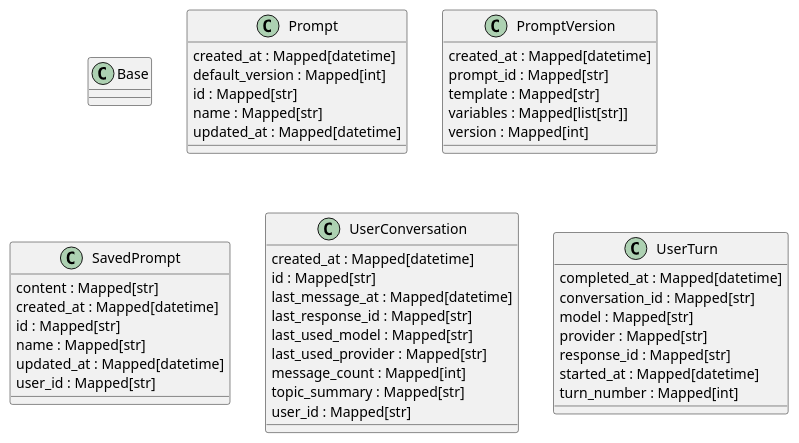
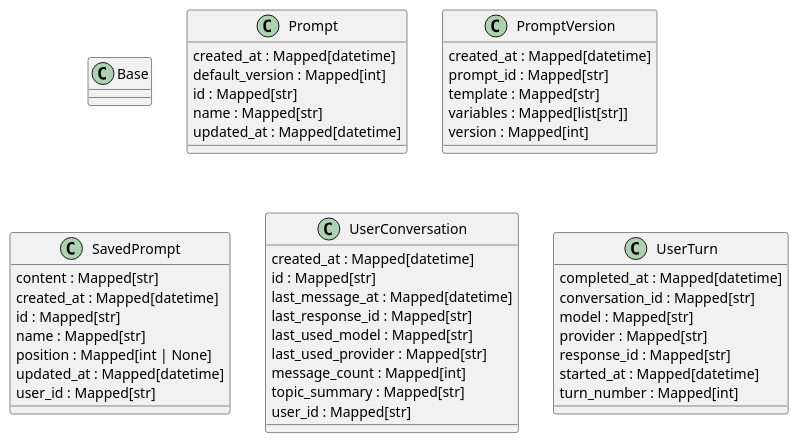
The diagram in docs/models/database.puml (lightspeed-core/lightspeed-stack), drawn with PlantUML before and after one commit. The commit also changed 19 other files, not shown here.

```diff
--- a/docs/models/database.puml
+++ b/docs/models/database.puml
@@ -1,47 +1,48 @@
 @startuml classes
 set namespaceSeparator none
 class "Base" as src.models.database.base.Base {
 }
 class "Prompt" as src.models.database.prompts.Prompt {
   created_at : Mapped[datetime]
   default_version : Mapped[int]
   id : Mapped[str]
   name : Mapped[str]
   updated_at : Mapped[datetime]
 }
 class "PromptVersion" as src.models.database.prompts.PromptVersion {
   created_at : Mapped[datetime]
   prompt_id : Mapped[str]
   template : Mapped[str]
   variables : Mapped[list[str]]
   version : Mapped[int]
 }
 class "SavedPrompt" as src.models.database.saved_prompts.SavedPrompt {
   content : Mapped[str]
   created_at : Mapped[datetime]
   id : Mapped[str]
   name : Mapped[str]
+  position : Mapped[int | None]
   updated_at : Mapped[datetime]
   user_id : Mapped[str]
 }
 class "UserConversation" as src.models.database.conversations.UserConversation {
   created_at : Mapped[datetime]
   id : Mapped[str]
   last_message_at : Mapped[datetime]
   last_response_id : Mapped[str]
   last_used_model : Mapped[str]
   last_used_provider : Mapped[str]
   message_count : Mapped[int]
   topic_summary : Mapped[str]
   user_id : Mapped[str]
 }
 class "UserTurn" as src.models.database.conversations.UserTurn {
   completed_at : Mapped[datetime]
   conversation_id : Mapped[str]
   model : Mapped[str]
   provider : Mapped[str]
   response_id : Mapped[str]
   started_at : Mapped[datetime]
   turn_number : Mapped[int]
 }
 @enduml
```
